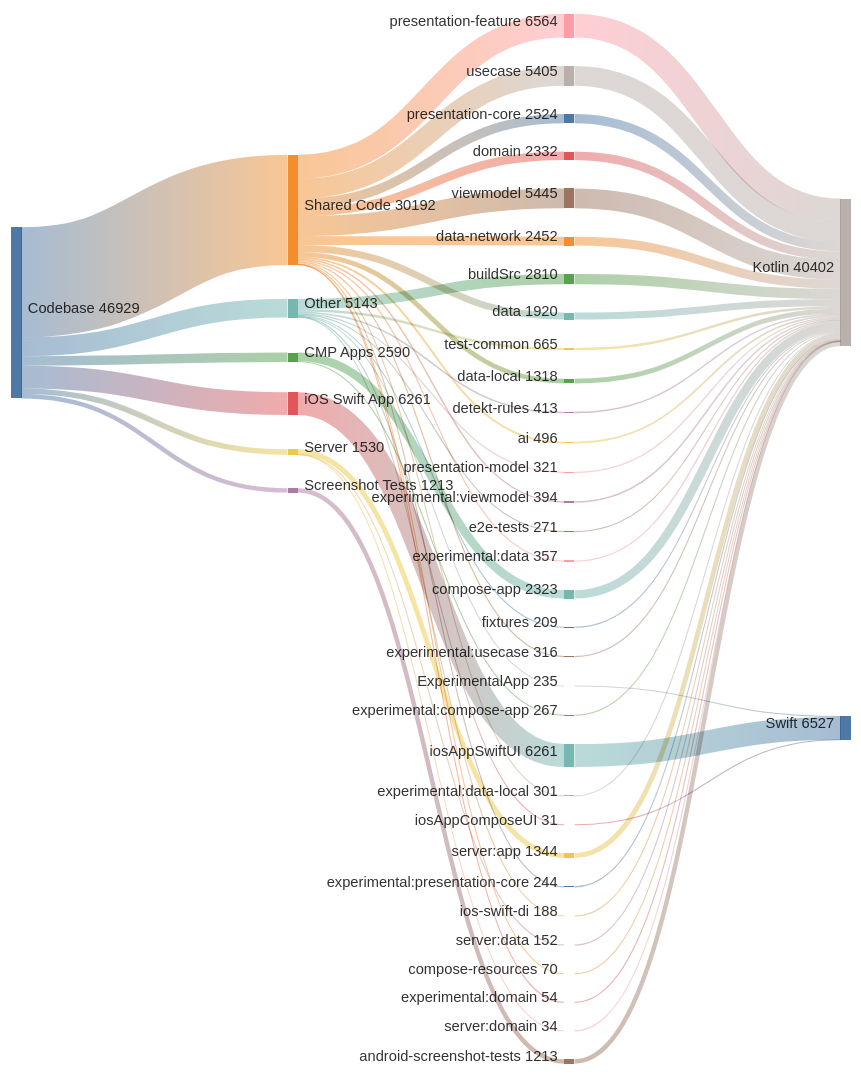
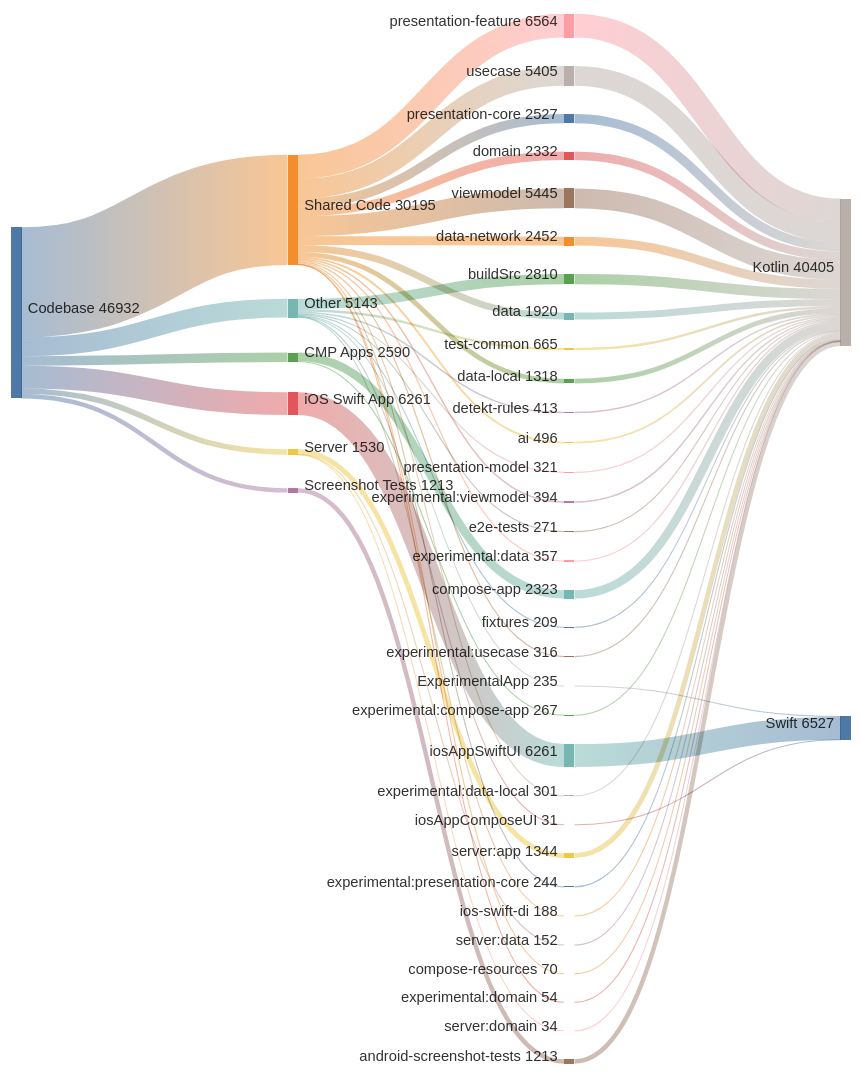
Before and after one commit to cartland/battery-butler: the second of 2 diagrams in README.md, drawn with Mermaid. The commit also changed 2 other files, not shown here.

Commit message:
docs(generated): Regenerate architecture diagrams and analysis (#1179)

```diff
--- a/README.md
+++ b/README.md
@@ -224,7 +224,7 @@
 %% GENERATED FILE - DO NOT EDIT
 sankey-beta
 
-Codebase,Shared Code,30192
+Codebase,Shared Code,30195
 Codebase,iOS Swift App,6261
 Codebase,Other,5143
 Codebase,CMP Apps,2590
@@ -234,7 +234,7 @@
 Shared Code,presentation-feature,6564
 Shared Code,viewmodel,5445
 Shared Code,usecase,5405
-Shared Code,presentation-core,2524
+Shared Code,presentation-core,2527
 Shared Code,data-network,2452
 Shared Code,domain,2332
 Shared Code,data,1920
@@ -274,7 +274,7 @@
 viewmodel,Kotlin,5445
 usecase,Kotlin,5405
 buildSrc,Kotlin,2810
-presentation-core,Kotlin,2524
+presentation-core,Kotlin,2527
 data-network,Kotlin,2452
 domain,Kotlin,2332
 compose-app,Kotlin,2323
```
